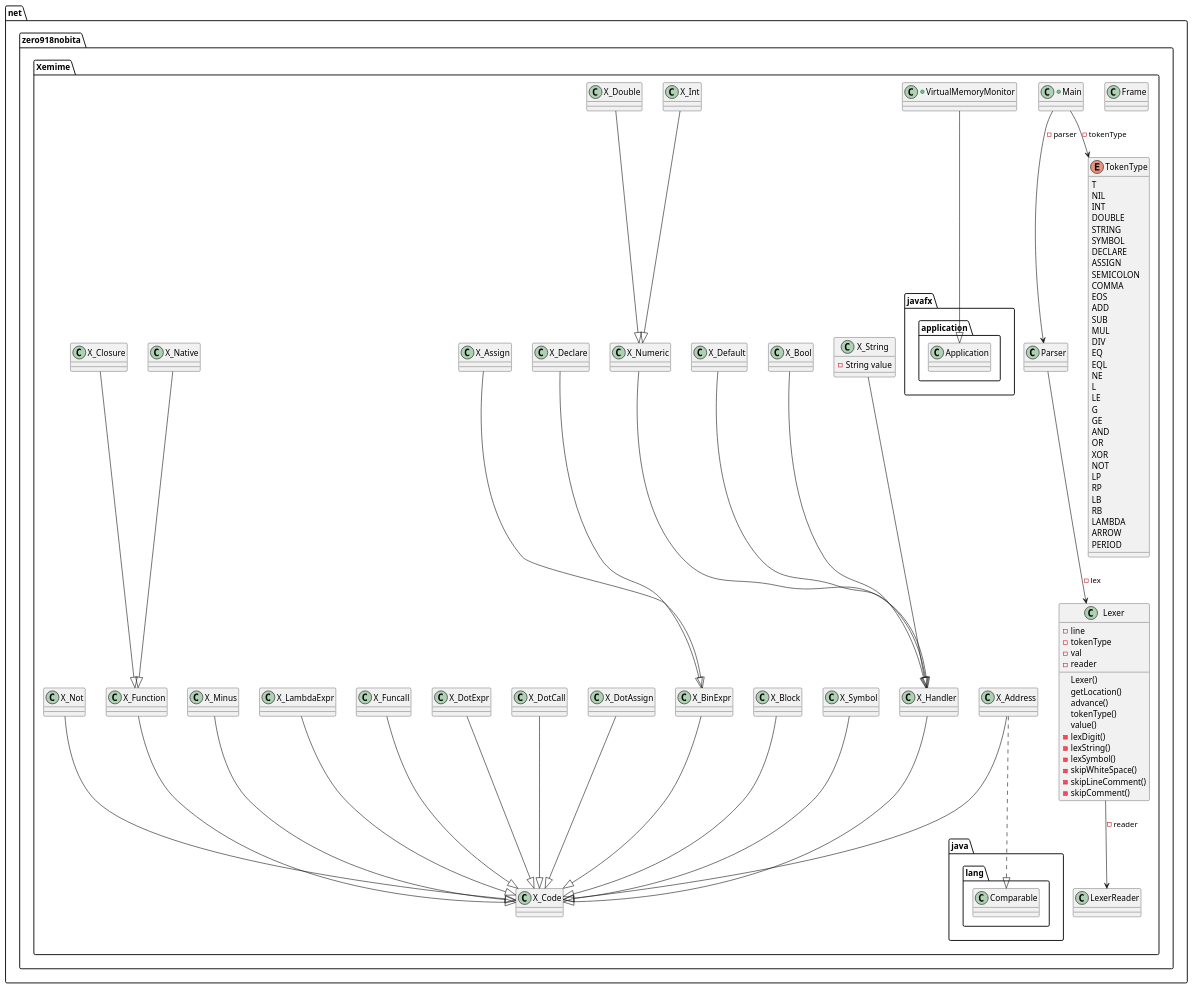
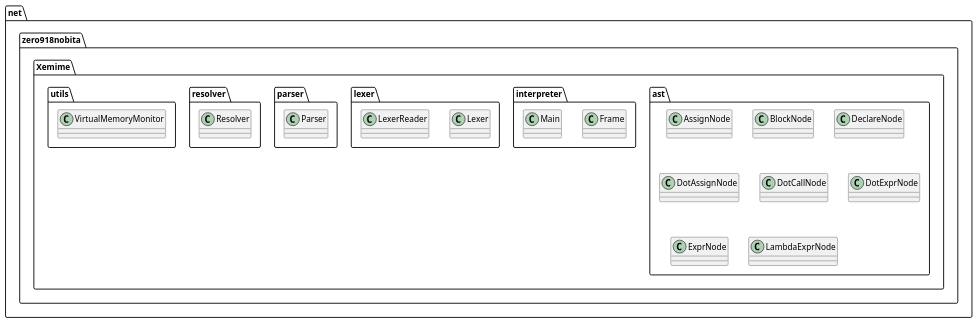
The diagram in docs/xemime.puml (xemime-lang/xemime), drawn with PlantUML before and after one commit.

Commit message:
Update class diagram

```diff
--- a/docs/xemime.puml
+++ b/docs/xemime.puml
@@ -1,5 +1,63 @@
 @startuml{xemime.png}
 
+package net.zero918nobita.Xemime.ast {
+    class AssignNode {
+    }
+
+    class BlockNode {
+    }
+
+    class DeclareNode {
+    }
+
+    class DotAssignNode {
+    }
+
+    class DotCallNode {
+    }
+
+    class DotExprNode {
+    }
+
+    class ExprNode {
+    }
+
+    class LambdaExprNode {
+    }
+}
+
+package net.zero918nobita.Xemime.interpreter {
+    class Frame {
+    }
+
+    class Main {
+    }
+}
+
+package net.zero918nobita.Xemime.lexer {
+    class Lexer {
+    }
+
+    class LexerReader {
+    }
+}
+
+package net.zero918nobita.Xemime.parser {
+    class Parser {
+    }
+}
+
+package net.zero918nobita.Xemime.resolver {
+    class Resolver {
+    }
+}
+
+package net.zero918nobita.Xemime.utils {
+    class VirtualMemoryMonitor {
+    }
+}
+
+/'
 package net.zero918nobita.Xemime {
 
     class Frame {
@@ -200,5 +258,5 @@
 
     X_Symbol --|> X_Code
 }
-
+'/
 @enduml
```
